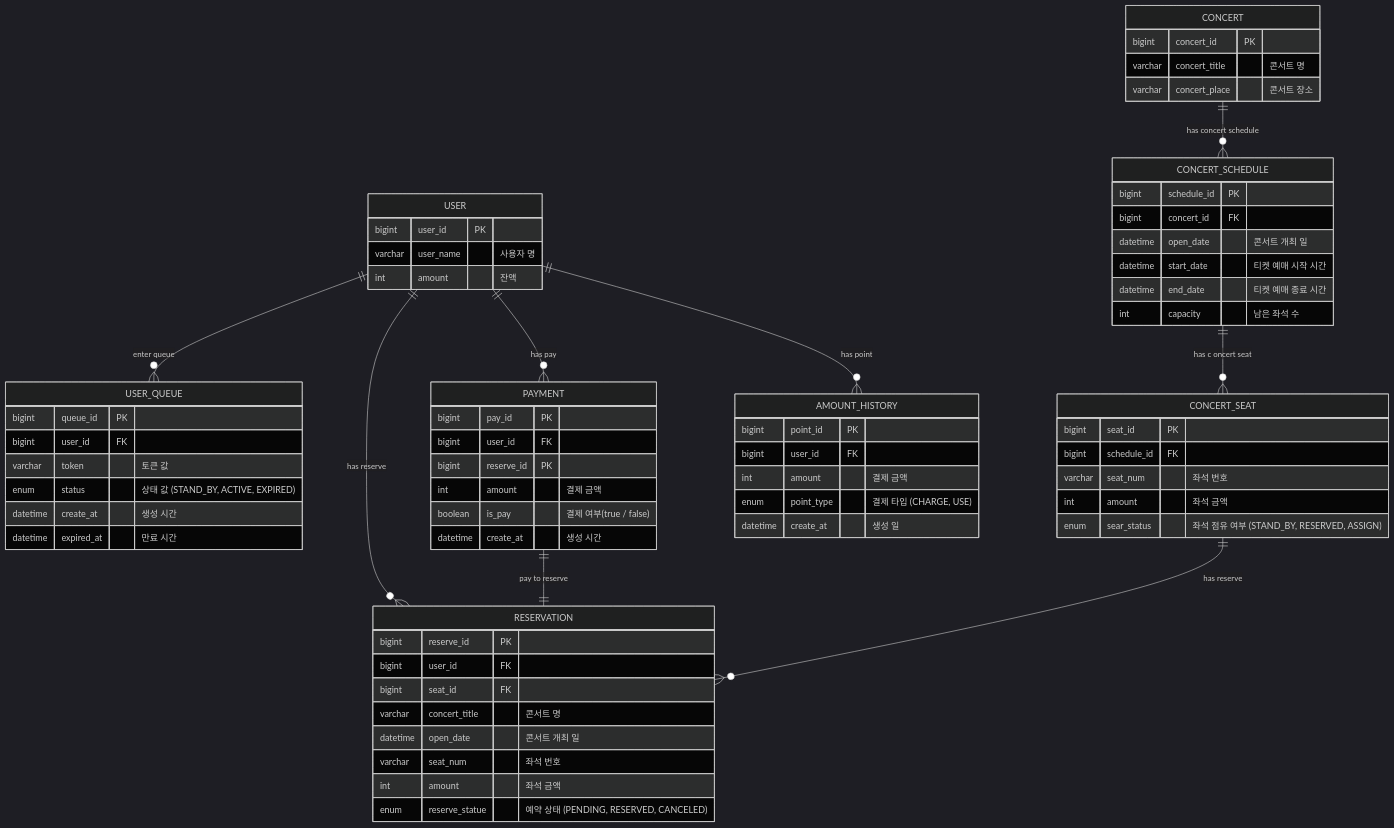
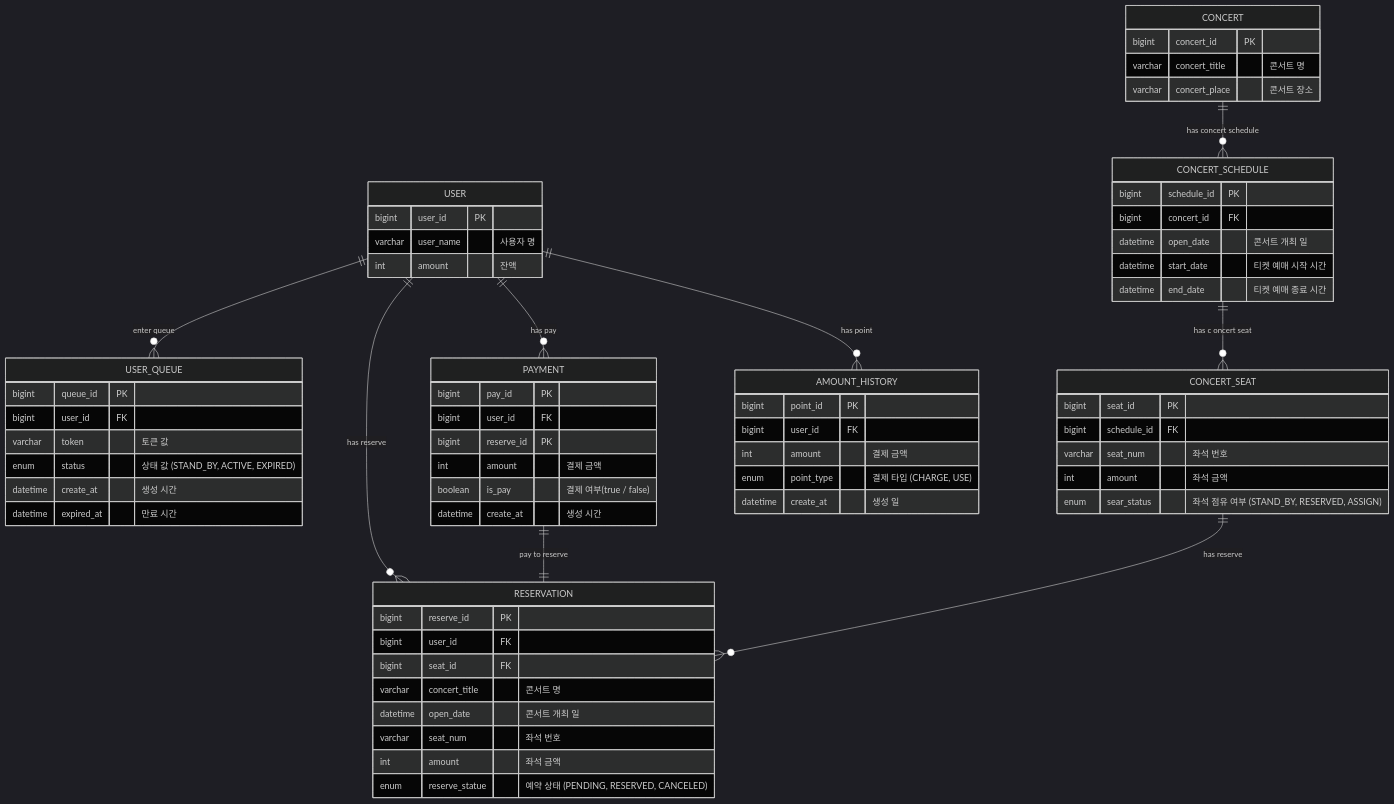
Before and after one commit to crimsorry/concert-service: the diagram in docs/ERD.md, drawn with Mermaid (dark theme). The commit also changed 7 other files, not shown here.

````diff
--- a/docs/ERD.md
+++ b/docs/ERD.md
@@ -3,70 +3,69 @@
 ```mermaid
 erDiagram
     USER {
         bigint user_id PK
         varchar user_name "사용자 명"
         int amount "잔액"
     }
     USER_QUEUE {
         bigint queue_id PK
         bigint user_id FK
         varchar token "토큰 값"
         enum status "상태 값 (STAND_BY, ACTIVE, EXPIRED)"
         datetime create_at "생성 시간"
         datetime expired_at "만료 시간"
     }
     CONCERT {
         bigint concert_id PK
         varchar concert_title "콘서트 명"
         varchar concert_place "콘서트 장소"
     }
     CONCERT_SCHEDULE {
         bigint schedule_id PK
         bigint concert_id FK
         datetime open_date "콘서트 개최 일"
         datetime start_date "티켓 예매 시작 시간"
         datetime end_date "티켓 예매 종료 시간"
-        int capacity "남은 좌석 수"
     }
     CONCERT_SEAT {
         bigint seat_id PK
         bigint schedule_id FK
         varchar seat_num "좌석 번호"
         int amount "좌석 금액"
         enum sear_status "좌석 점유 여부 (STAND_BY, RESERVED, ASSIGN)"
     }
     PAYMENT {
         bigint pay_id PK
         bigint user_id FK
         bigint reserve_id PK
         int amount "결제 금액"
         boolean is_pay "결제 여부(true / false)"
         datetime create_at "생성 시간"
     }
     RESERVATION {
         bigint reserve_id PK
         bigint user_id FK
         bigint seat_id FK
         varchar concert_title "콘서트 명"
         datetime open_date "콘서트 개최 일"
         varchar seat_num "좌석 번호"
         int amount "좌석 금액"
         enum reserve_statue "예약 상태 (PENDING, RESERVED, CANCELED)"
     }
     AMOUNT_HISTORY {
         bigint point_id PK
         bigint user_id FK
         int amount "결제 금액"
        	enum point_type "결제 타입 (CHARGE, USE)"
         datetime create_at "생성 일"
     }
 	USER ||--o{ USER_QUEUE : "enter queue"
     USER ||--o{ PAYMENT : "has pay"
     USER ||--o{ RESERVATION : "has reserve"
     USER ||--o{ AMOUNT_HISTORY : "has point"
     CONCERT ||--o{ CONCERT_SCHEDULE : "has concert schedule"
     CONCERT_SCHEDULE ||--o{ CONCERT_SEAT : "has c oncert seat"
     PAYMENT ||--|| RESERVATION : "pay to reserve"
     CONCERT_SEAT ||--o{ RESERVATION : "has reserve"
     
 ```
````
